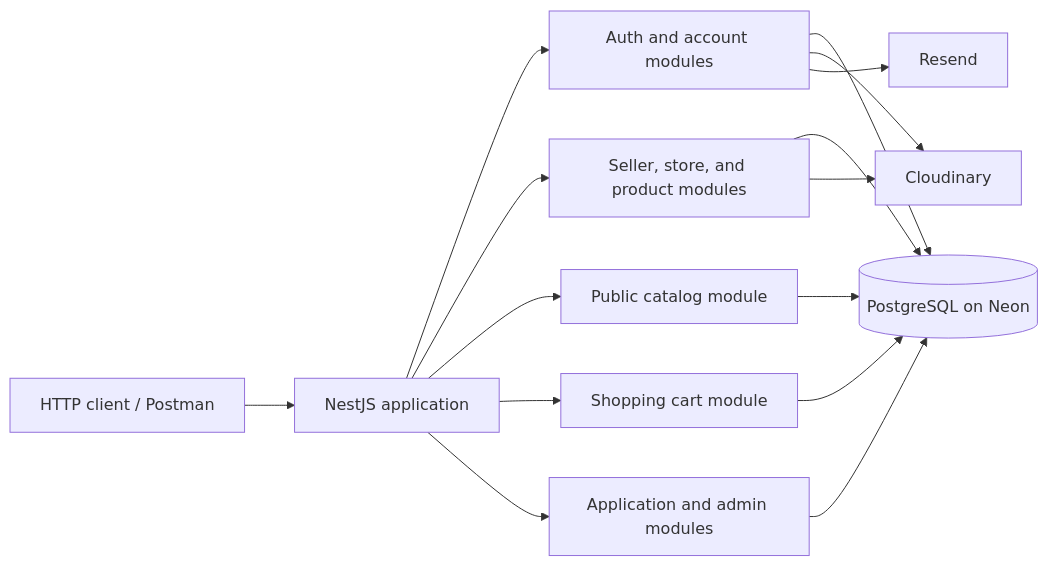
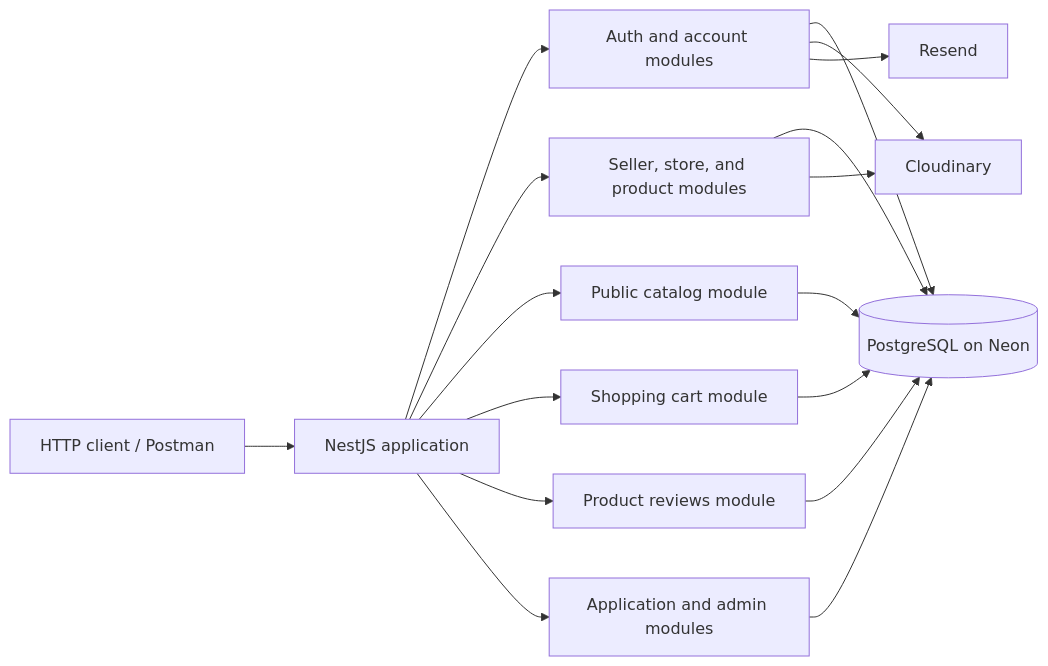
One commit to Yosf96633/nest-e-commerce changed the first of 4 diagrams in architecture.md. Above: the diagram before and after it, drawn with Mermaid. The commit also changed other lines of this file and 1 other file, not shown here.

Commit message:
feat: update README and architecture documentation to include reviews module and related functionality

````diff
--- a/architecture.md
+++ b/architecture.md
@@ -9,28 +9,31 @@
 ```mermaid
 flowchart LR
     Client[HTTP client / Postman]
     API[NestJS application]
     Auth[Auth and account modules]
     Seller[Seller, store, and product modules]
     Catalog[Public catalog module]
     Cart[Shopping cart module]
+    Reviews[Product reviews module]
     Admin[Application and admin modules]
     DB[(PostgreSQL on Neon)]
     Cloudinary[Cloudinary]
     Resend[Resend]
 
     Client --> API
     API --> Auth
     API --> Seller
     API --> Catalog
     API --> Cart
+    API --> Reviews
     API --> Admin
     Auth --> DB
     Seller --> DB
     Catalog --> DB
     Cart --> DB
+    Reviews --> DB
     Admin --> DB
     Auth --> Cloudinary
     Seller --> Cloudinary
     Auth --> Resend
 ```
````
